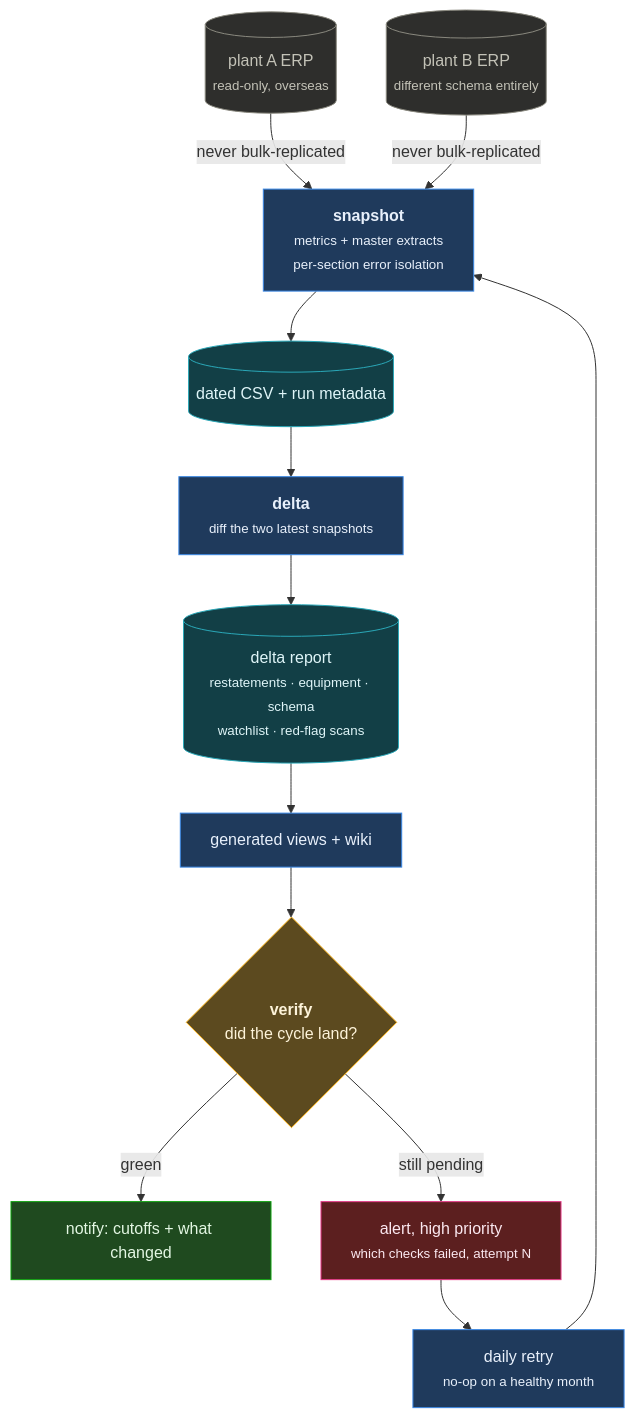
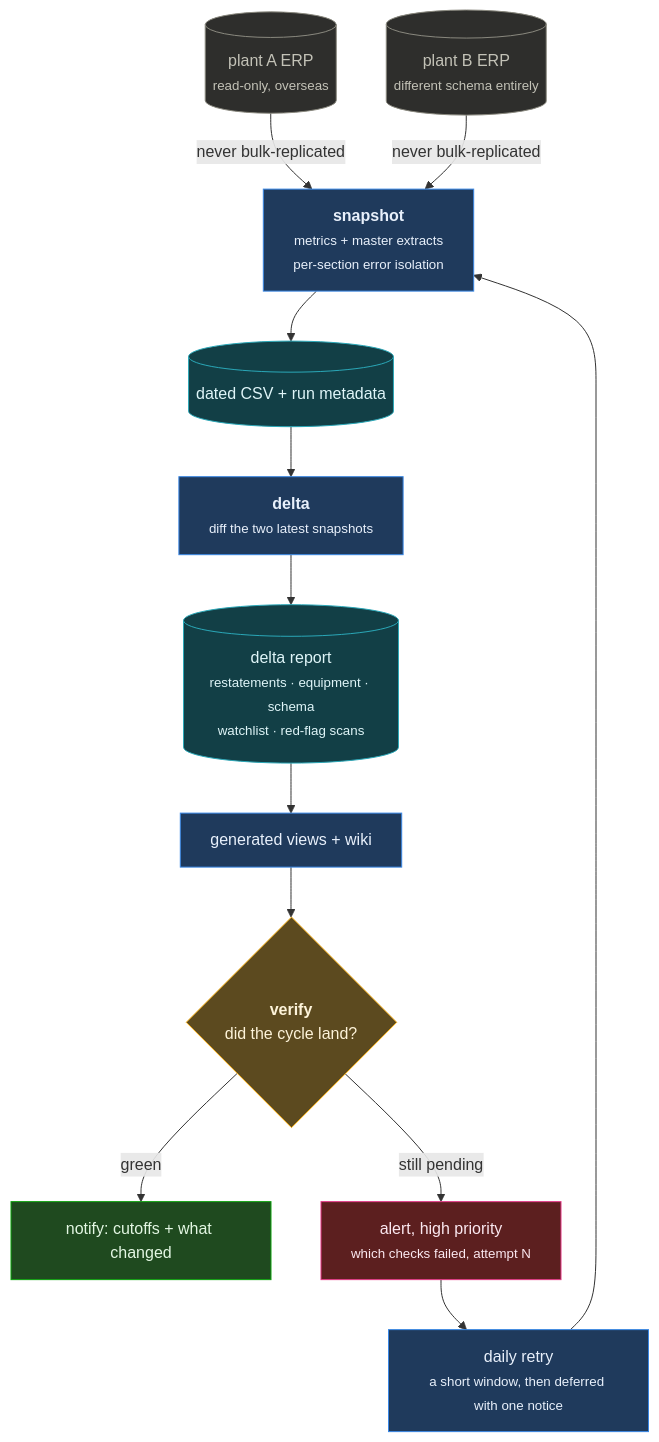
One commit to daviddingdev/erp-digital-twin-public changed the first of 3 diagrams in README.md. Above: the diagram before and after it, drawn with Mermaid. The commit also changed other lines of this file, not shown here.

Commit message:
Public overview of the ERP digital twin

````diff
--- a/README.md
+++ b/README.md
@@ -40,25 +40,25 @@
 ```mermaid
 flowchart TB
   DB1[("plant A ERP<br/><small>read-only, overseas</small>")]:::db
   DB2[("plant B ERP<br/><small>different schema entirely</small>")]:::db
   SN["<b>snapshot</b><br/><small>metrics + master extracts<br/>per-section error isolation</small>"]:::c
   CSV[("dated CSV + run metadata")]:::d
   DL["<b>delta</b><br/><small>diff the two latest snapshots</small>"]:::c
   REP[("delta report<br/><small>restatements · equipment · schema<br/>watchlist · red-flag scans</small>")]:::d
   VW["generated views + wiki"]:::c
   VF{"<b>verify</b><br/>did the cycle land?"}:::gate
   OK["notify: cutoffs + what changed"]:::ok
   BAD["alert, high priority<br/><small>which checks failed, attempt N</small>"]:::bad
-  RT["daily retry<br/><small>no-op on a healthy month</small>"]:::c
+  RT["daily retry<br/><small>a short window, then deferred with one notice</small>"]:::c
 
   DB1 & DB2 -->|"never bulk-replicated"| SN --> CSV --> DL --> REP --> VW --> VF
   VF -->|"green"| OK
   VF -->|"still pending"| BAD --> RT --> SN
 
   classDef db fill:#2e2e2c,stroke:#8a897f,color:#c3c2b7
   classDef c fill:#1f3a5c,stroke:#3987e5,color:#e8f0fb
   classDef d fill:#123f46,stroke:#2ba8b8,color:#dff5f8
   classDef gate fill:#5c4a1f,stroke:#fab219,color:#fdf3d9
   classDef ok fill:#1f4a1f,stroke:#0ca30c,color:#e3f7e3
   classDef bad fill:#5c1f1f,stroke:#e53987,color:#fbe8f0
 ```
````
